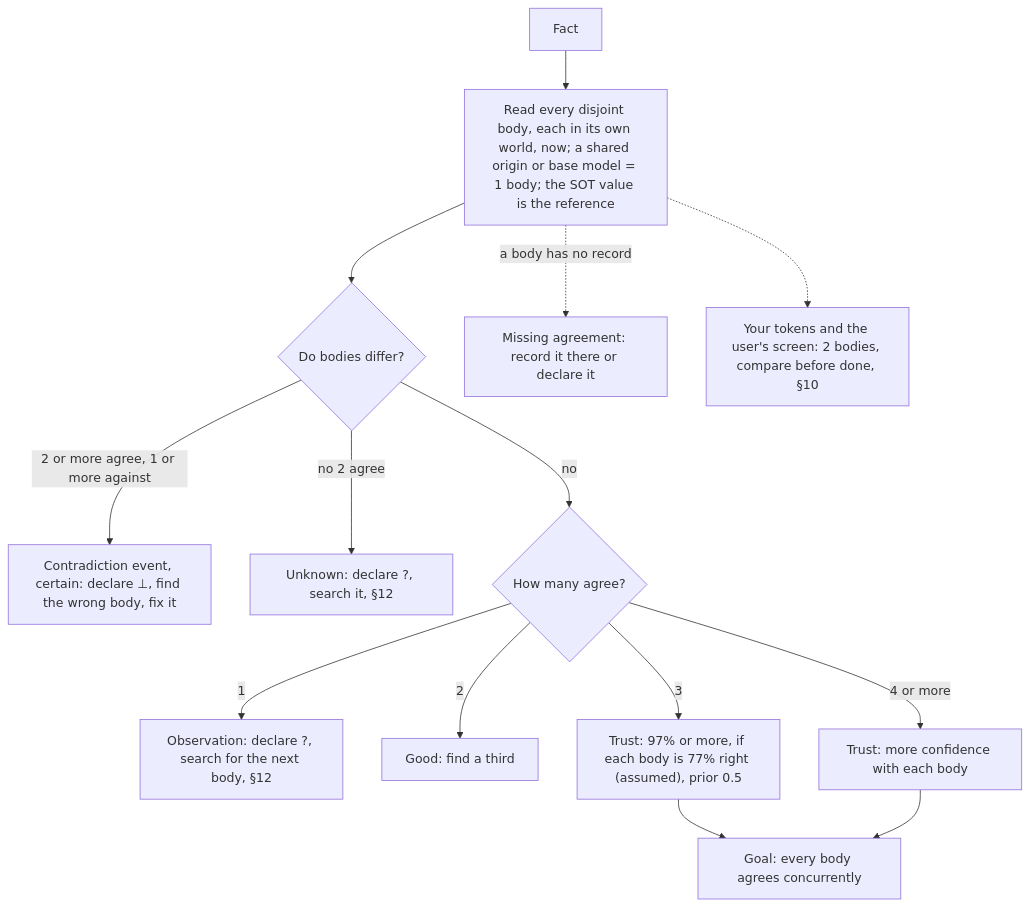
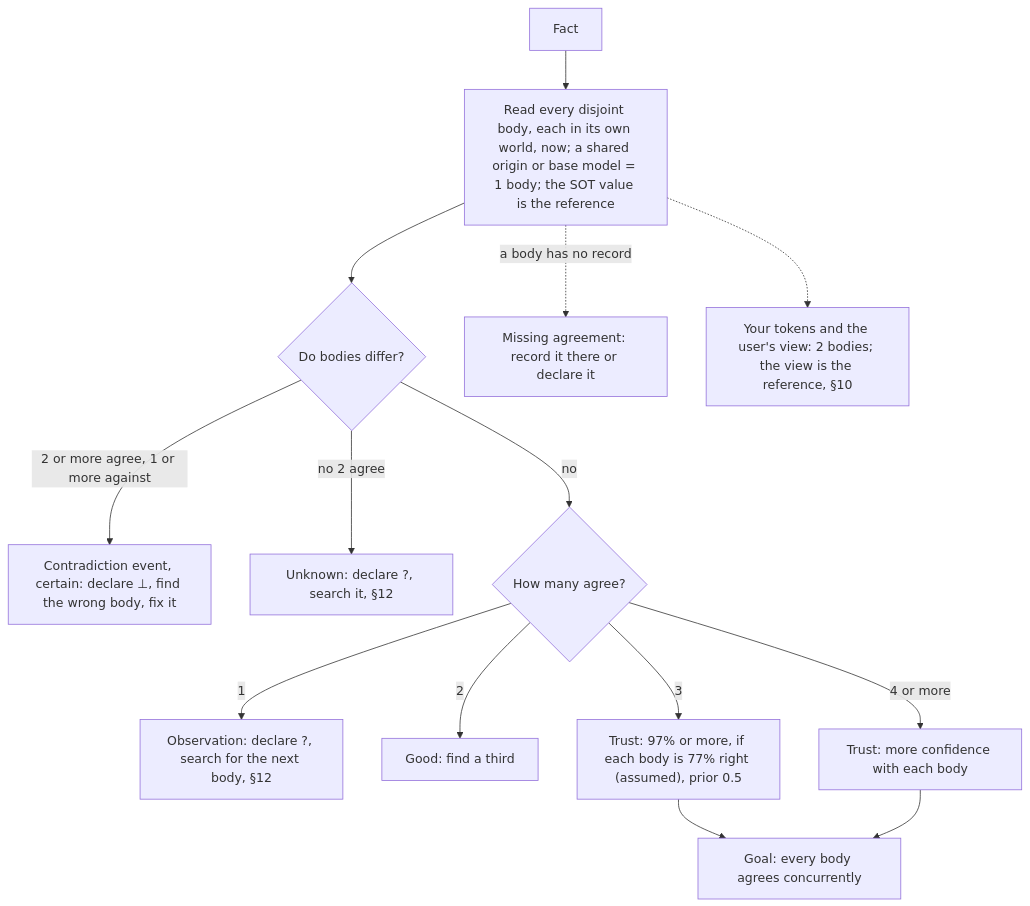
Diagram 14 of 14 in AGENTS.md (SolenixAI/arbiter), drawn with Mermaid before and after one commit. The commit also changed other lines of this file and 2 other files, not shown here.

First line of the commit message:
docs(arbiter): fix fresh-review findings: blocker, view as reference, frontier exit

````diff
--- a/AGENTS.md
+++ b/AGENTS.md
@@ -660,16 +664,16 @@
 ```mermaid
 flowchart TD
   F[Fact] --> B["Read every disjoint body, each in its own world, now; a shared origin or base model = 1 body; the SOT value is the reference"]
   B --> D{Do bodies differ?}
   D -->|2 or more agree, 1 or more against| C["Contradiction event, certain: declare ⊥, find the wrong body, fix it"]
   D -->|no 2 agree| U["Unknown: declare ?, search it, §12"]
   D -->|no| N{How many agree?}
   N -->|1| O["Observation: declare ?, search for the next body, §12"]
   N -->|2| G[Good: find a third]
   N -->|3| T["Trust: 97% or more, if each body is 77% right (assumed), prior 0.5"]
   N -->|4 or more| M[Trust: more confidence with each body]
   B -.->|a body has no record| Mi[Missing agreement: record it there or declare it]
-  B -.-> TP["Your tokens and the user's screen: 2 bodies, compare before done, §10"]
+  B -.-> TP["Your tokens and the user's view: 2 bodies; the view is the reference, §10"]
   T --> Goal[Goal: every body agrees concurrently]
   M --> Goal
 ```
````
